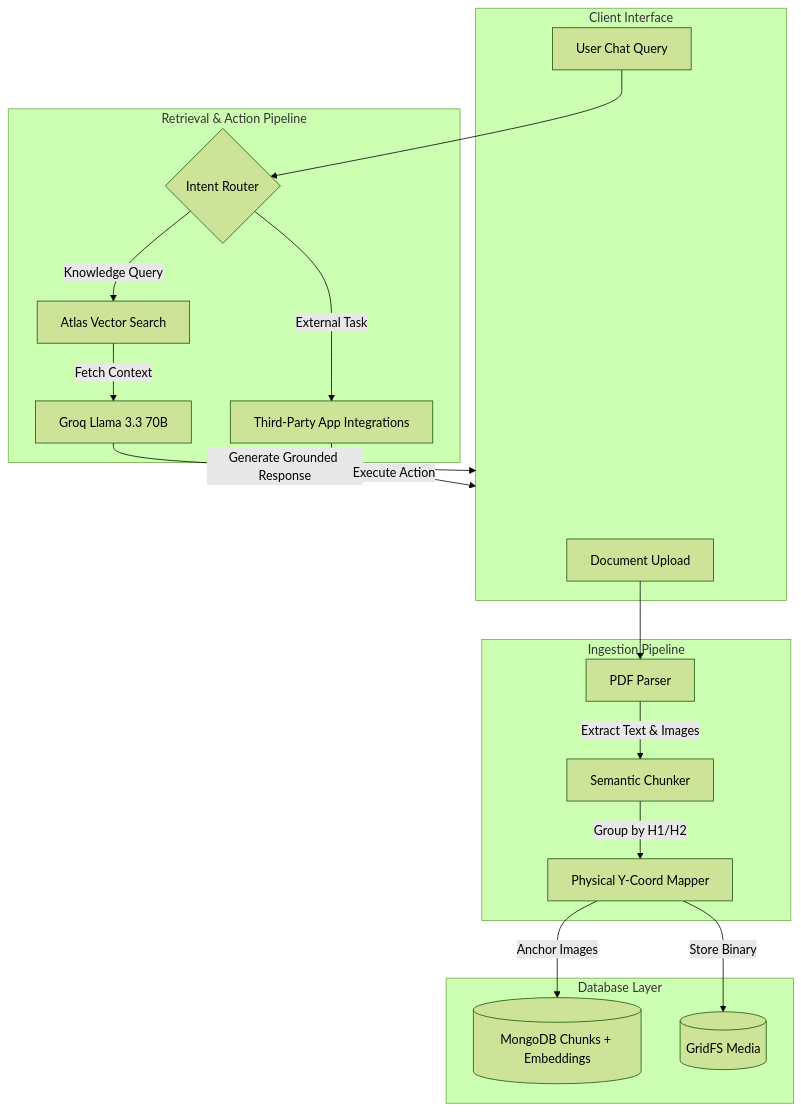
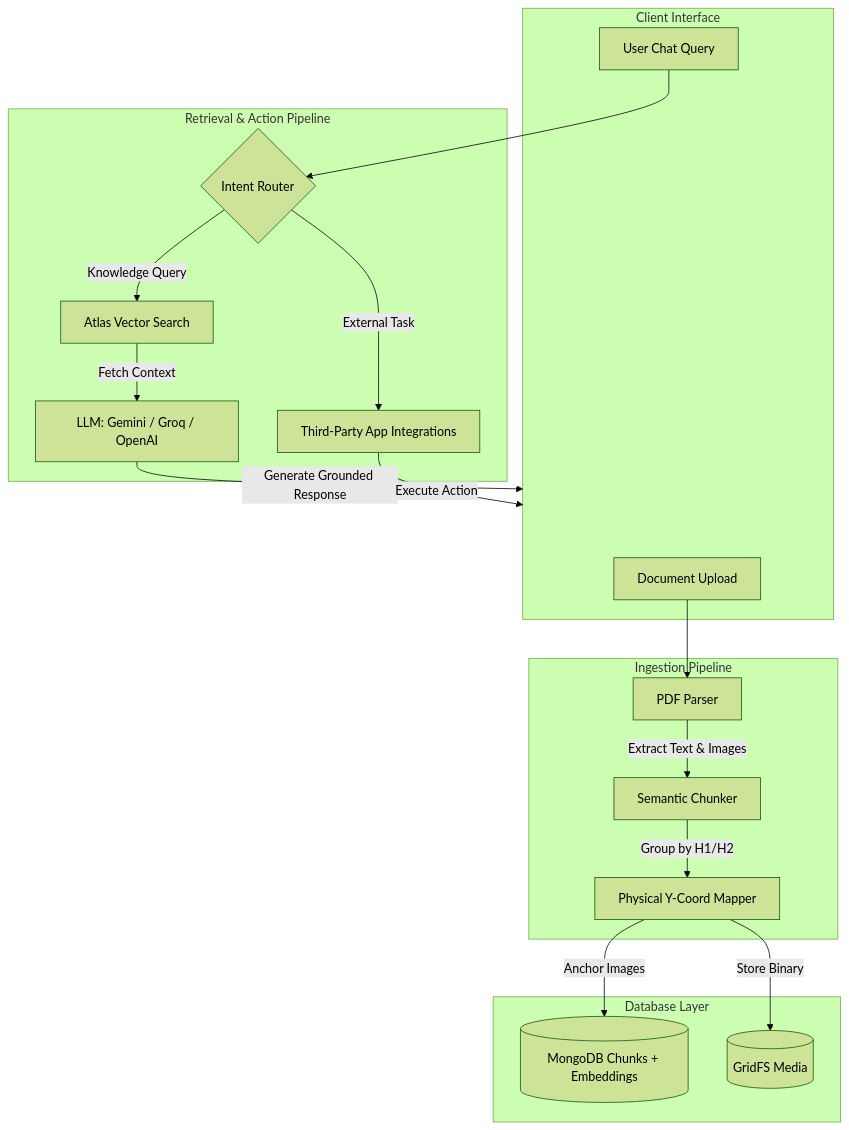
The diagram in README.md (shlokdhanokar/MultiTenant-RAG-Engine), drawn with Mermaid (forest theme) before and after one commit. The commit also changed other lines of this file and 2 other files, not shown here.

````diff
--- a/README.md
+++ b/README.md
@@ -63,38 +69,38 @@
 ```mermaid
 graph TD
     subgraph Client [Client Interface]
         A[Document Upload]
         B[User Chat Query]
     end
 
     subgraph Ingestion Pipeline
         C[PDF Parser]
         D[Semantic Chunker]
         E[Physical Y-Coord Mapper]
     end
 
     subgraph Database Layer
         F[(MongoDB Chunks + Embeddings)]
         G[(GridFS Media)]
     end
 
     subgraph Retrieval & Action Pipeline
         H{Intent Router}
         I[Atlas Vector Search]
-        K[Groq Llama 3.3 70B]
+        K[LLM: Gemini / Groq / OpenAI]
         L[Third-Party App Integrations]
     end
 
     A --> C
     C -- "Extract Text & Images" --> D
     D -- "Group by H1/H2" --> E
     E -- "Anchor Images" --> F
     E -- "Store Binary" --> G
 
     B --> H
     H -- "Knowledge Query" --> I
     H -- "External Task" --> L
     I -- "Fetch Context" --> K
     K -- "Generate Grounded Response" --> Client
     L -- "Execute Action" --> Client
 ```
````
